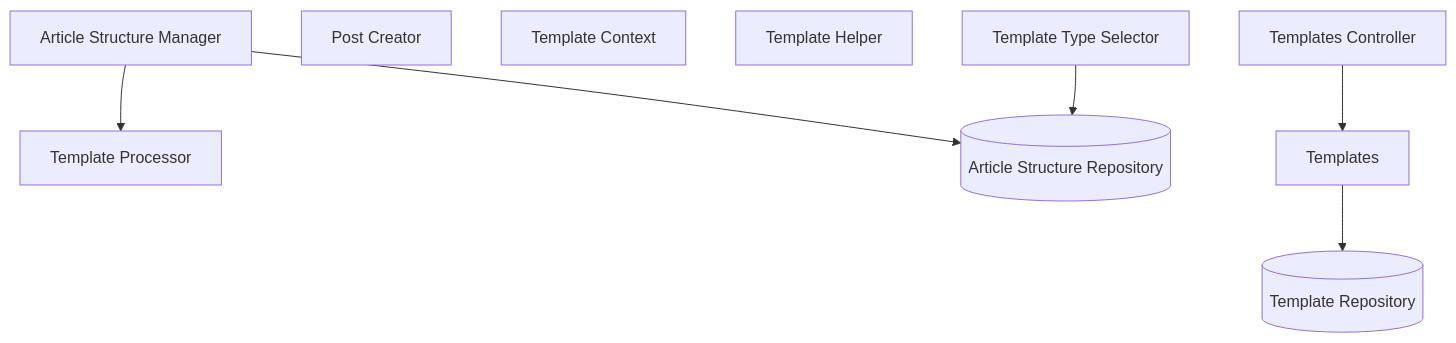
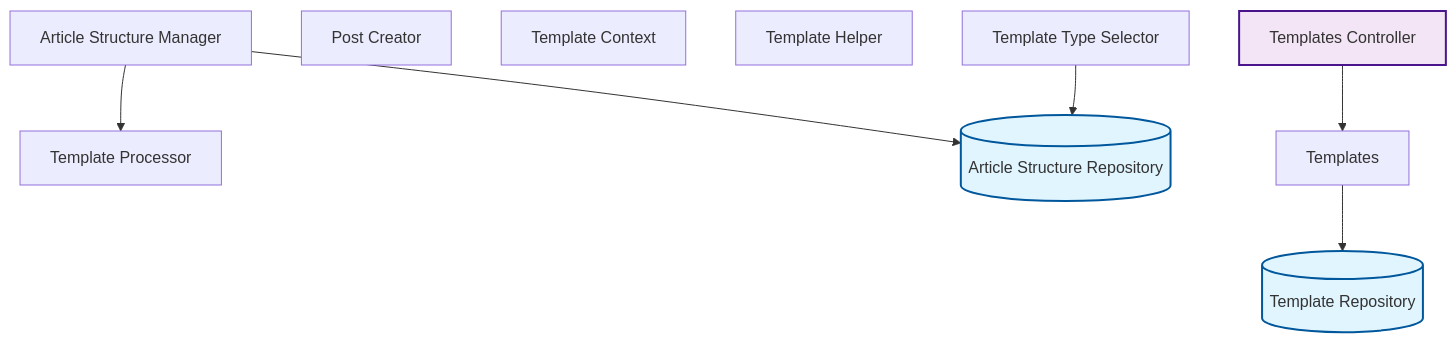
The fourth of 10 diagrams in docs/feature-report.md (rpnunez/wp-ai-scheduler), drawn with Mermaid before and after one commit. The commit also changed other lines of this file and 2 other files, not shown here.

````diff
--- a/docs/feature-report.md
+++ b/docs/feature-report.md
@@ -152,25 +163,27 @@
 ```mermaid
 flowchart TD
     %% Content Management Architecture
 
-    ArticleStructureManager["Article Structure Manager"]
-    ArticleStructureRepository[("Article Structure Repository")]
-    PostCreator["Post Creator"]
-    TemplateContext["Template Context"]
-    TemplateHelper["Template Helper"]
-    TemplateProcessor["Template Processor"]
-    TemplateRepository[("Template Repository")]
-    TemplateTypeSelector["Template Type Selector"]
-    TemplatesController["Templates Controller"]
+    Article_Structure_Manager["Article Structure Manager"]
+    Article_Structure_Repository[("Article Structure Repository")]
+    Post_Creator["Post Creator"]
+    Template_Context["Template Context"]
+    Template_Helper["Template Helper"]
+    Template_Processor["Template Processor"]
+    Template_Repository[("Template Repository")]
+    Template_Type_Selector["Template Type Selector"]
+    Templates_Controller["Templates Controller"]
     Templates["Templates"]
 
-    ArticleStructureManager --> TemplateProcessor
-    ArticleStructureManager --> ArticleStructureRepository
-    TemplateTypeSelector --> ArticleStructureRepository
-    TemplatesController --> Templates
-    Templates --> TemplateRepository
+    Article_Structure_Manager --> Template_Processor
+    Article_Structure_Manager --> Article_Structure_Repository
+    Template_Type_Selector --> Article_Structure_Repository
+    Templates_Controller --> Templates
+    Templates --> Template_Repository
 
     classDef repository fill:#e1f5ff,stroke:#01579b,stroke-width:2px
     classDef service fill:#fff3e0,stroke:#e65100,stroke-width:2px
     classDef controller fill:#f3e5f5,stroke:#4a148c,stroke-width:2px
+    class Article_Structure_Repository,Template_Repository repository
+    class Templates_Controller controller
 ```
````
